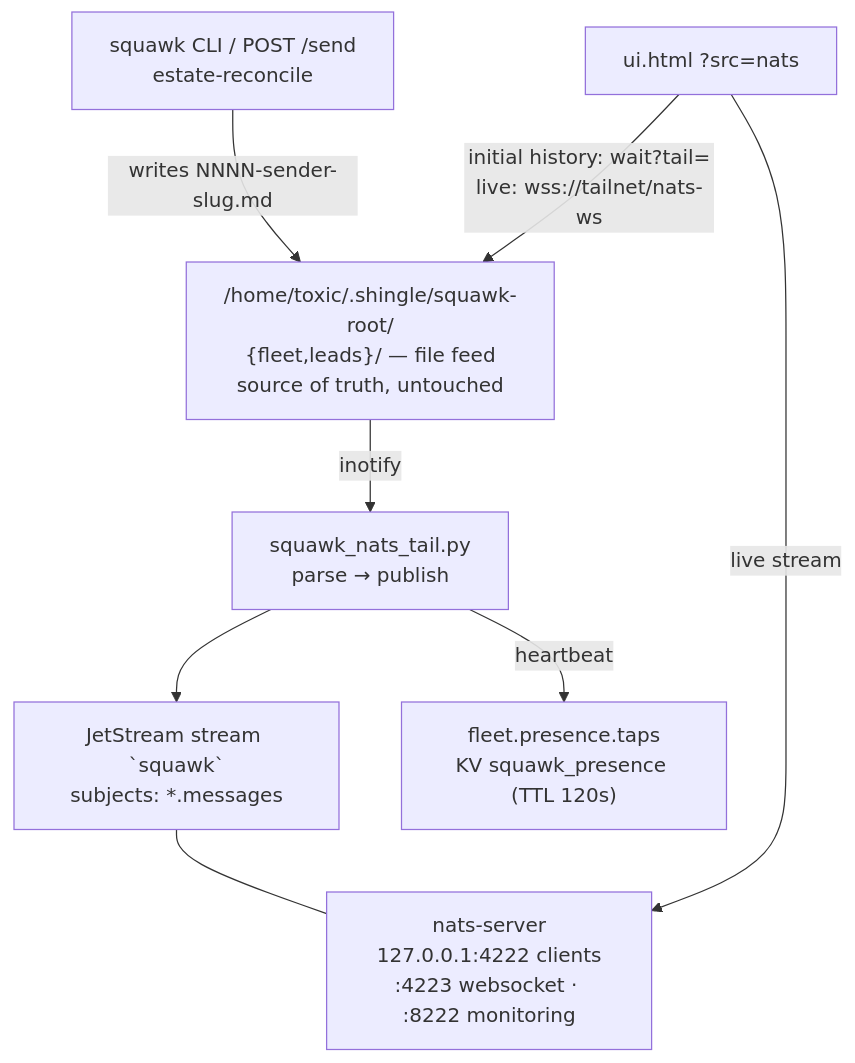
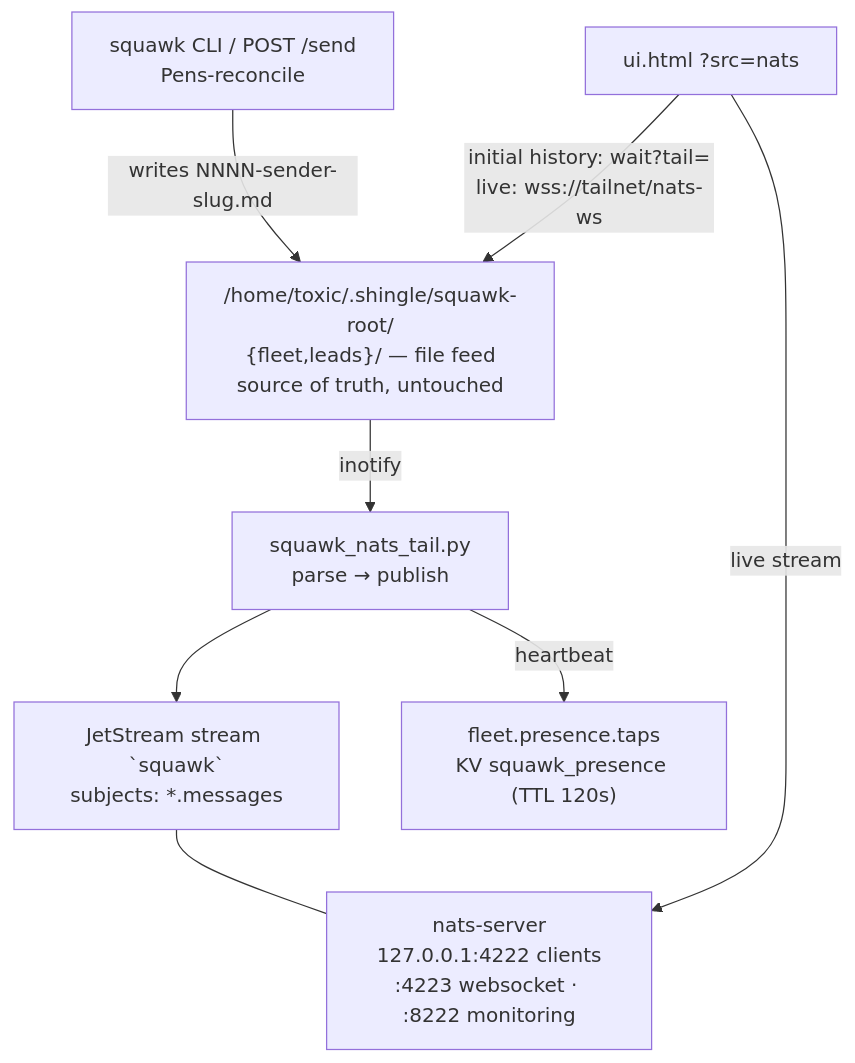
The diagram in nats/README.md (toxicwind/squawk), drawn with Mermaid before and after one commit. The commit also changed other lines of this file and 133 other files, not shown here.

Commit message:
chore: estate → Pens rename (estate→Pens terminology)

````diff
--- a/nats/README.md
+++ b/nats/README.md
@@ -28,11 +28,11 @@
 ```mermaid
 flowchart TB
-    A[squawk CLI / POST /send<br/>estate-reconcile] -->|writes NNNN-sender-slug.md| F["/home/toxic/.shingle/squawk-root/<br/>{fleet,leads}/ — file feed<br/>source of truth, untouched"]
+    A[squawk CLI / POST /send<br/>Pens-reconcile] -->|writes NNNN-sender-slug.md| F["/home/toxic/.shingle/squawk-root/<br/>{fleet,leads}/ — file feed<br/>source of truth, untouched"]
     F -->|inotify| T[squawk_nats_tail.py<br/>parse → publish]
     T --> J[JetStream stream `squawk`<br/>subjects: *.messages]
     T -->|heartbeat| P["fleet.presence.taps<br/>KV squawk_presence (TTL 120s)"]
     N[nats-server<br/>127.0.0.1:4222 clients<br/>:4223 websocket · :8222 monitoring]
     J --- N
     U[ui.html ?src=nats] -->|initial history: wait?tail=<br/>live: wss://tailnet/nats-ws| F
     U -->|live stream| N
 ```
````
